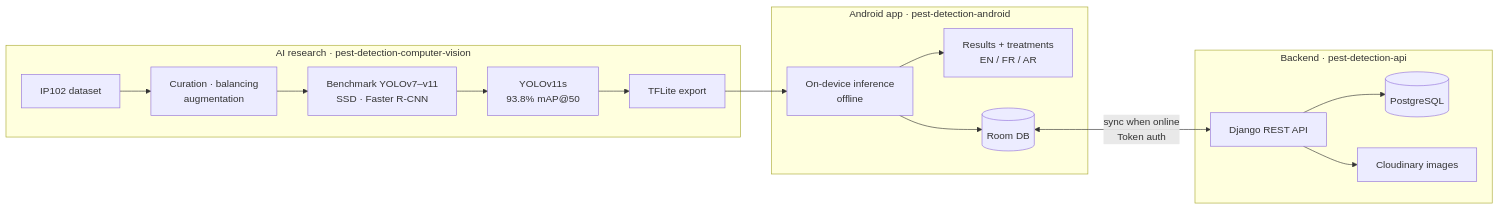
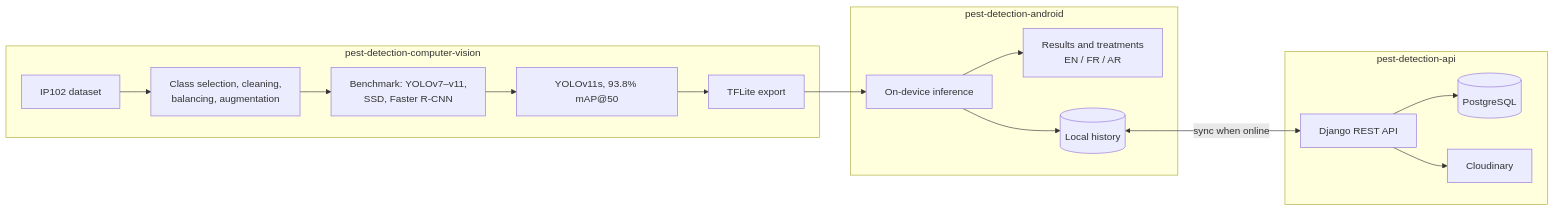
Before and after one commit to MehdiBedja/pest-detection-system: the diagram in README.md, drawn with Mermaid. The commit also changed other lines of this file, not shown here.

````diff
--- a/README.md
+++ b/README.md
@@ -22,22 +11,22 @@
 ```mermaid
 flowchart LR
-    subgraph Research[AI research · pest-detection-computer-vision]
-        IP[IP102 dataset] --> Prep[Curation · balancing<br/>augmentation]
-        Prep --> Bench[Benchmark YOLOv7–v11<br/>SSD · Faster R-CNN]
-        Bench --> Best[YOLOv11s<br/>93.8% mAP@50]
+    subgraph Research[pest-detection-computer-vision]
+        IP[IP102 dataset] --> Prep[Class selection, cleaning,<br/>balancing, augmentation]
+        Prep --> Bench[Benchmark: YOLOv7–v11,<br/>SSD, Faster R-CNN]
+        Bench --> Best[YOLOv11s, 93.8% mAP@50]
         Best --> TFLite[TFLite export]
     end
 
-    subgraph App[Android app · pest-detection-android]
-        TFLite --> Infer[On-device inference<br/>offline]
-        Infer --> UI[Results + treatments<br/>EN / FR / AR]
-        Infer --> Room[(Room DB)]
+    subgraph App[pest-detection-android]
+        TFLite --> Infer[On-device inference]
+        Infer --> UI[Results and treatments<br/>EN / FR / AR]
+        Infer --> Room[(Local history)]
     end
 
-    subgraph Cloud[Backend · pest-detection-api]
+    subgraph Cloud[pest-detection-api]
         API[Django REST API] --> PG[(PostgreSQL)]
-        API --> Cld[Cloudinary images]
+        API --> Cld[Cloudinary]
     end
 
-    Room <-- "sync when online<br/>Token auth" --> API
+    Room <-- "sync when online" --> API
 ```
````
